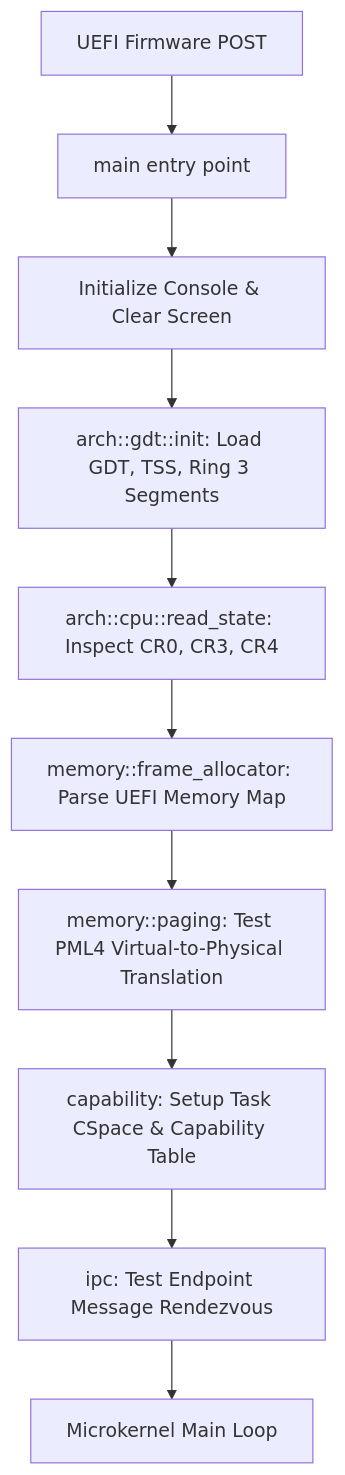
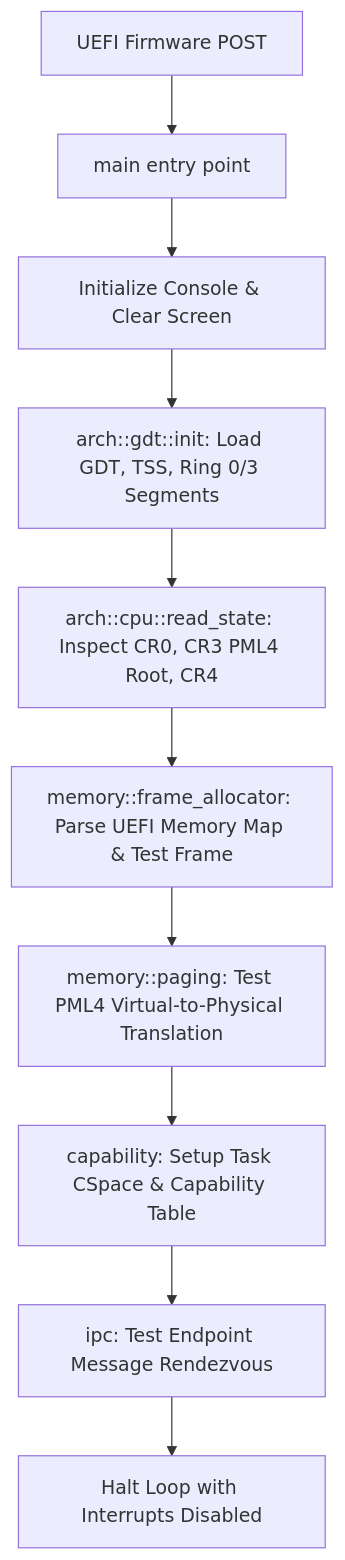
The diagram in docs/src/main.md (vickdini/os), drawn with Mermaid before and after one commit. The commit also changed other lines of this file and 13 other files, not shown here.

Commit message:
docs: add comprehensive technical documentation, PDF generation scripts, and architectural guides

````diff
--- a/docs/src/main.md
+++ b/docs/src/main.md
@@ -21,12 +21,12 @@
 ```mermaid
 graph TD
     A[UEFI Firmware POST] --> B[main entry point]
     B --> C[Initialize Console & Clear Screen]
-    C --> D[arch::gdt::init: Load GDT, TSS, Ring 3 Segments]
-    D --> E[arch::cpu::read_state: Inspect CR0, CR3, CR4]
-    E --> F[memory::frame_allocator: Parse UEFI Memory Map]
+    C --> D[arch::gdt::init: Load GDT, TSS, Ring 0/3 Segments]
+    D --> E[arch::cpu::read_state: Inspect CR0, CR3 PML4 Root, CR4]
+    E --> F[memory::frame_allocator: Parse UEFI Memory Map & Test Frame]
     F --> G[memory::paging: Test PML4 Virtual-to-Physical Translation]
     G --> H[capability: Setup Task CSpace & Capability Table]
     H --> I[ipc: Test Endpoint Message Rendezvous]
-    I --> J[Microkernel Main Loop]
+    I --> J[Halt Loop with Interrupts Disabled]
 ```
````
